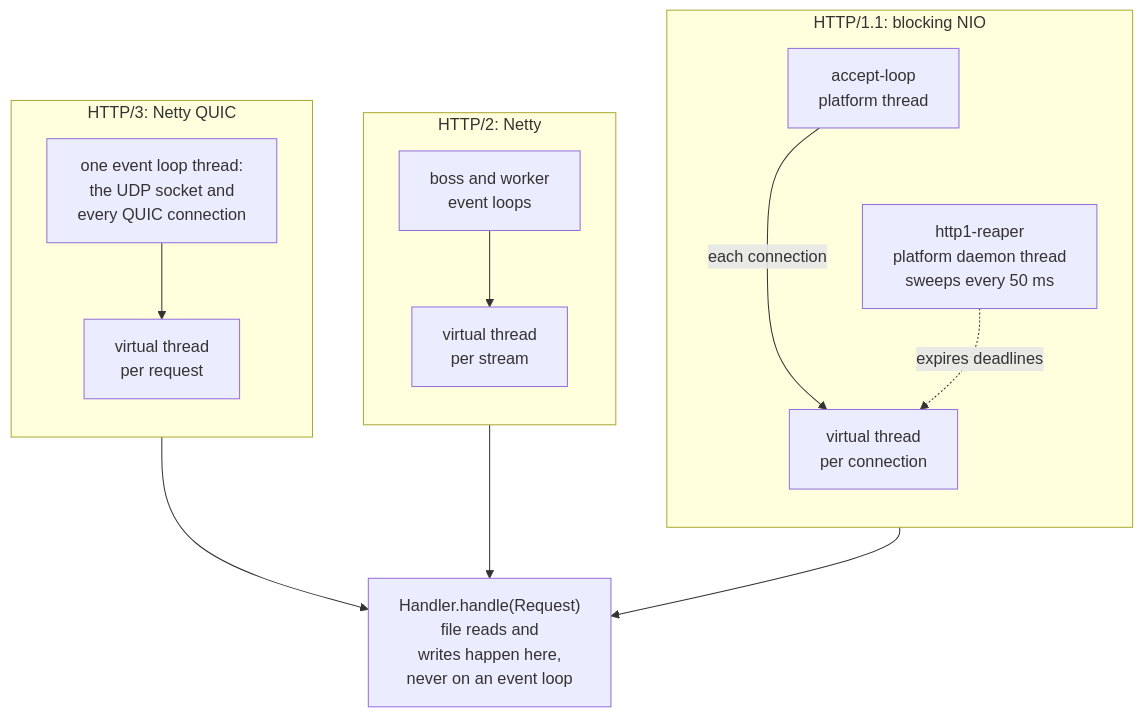
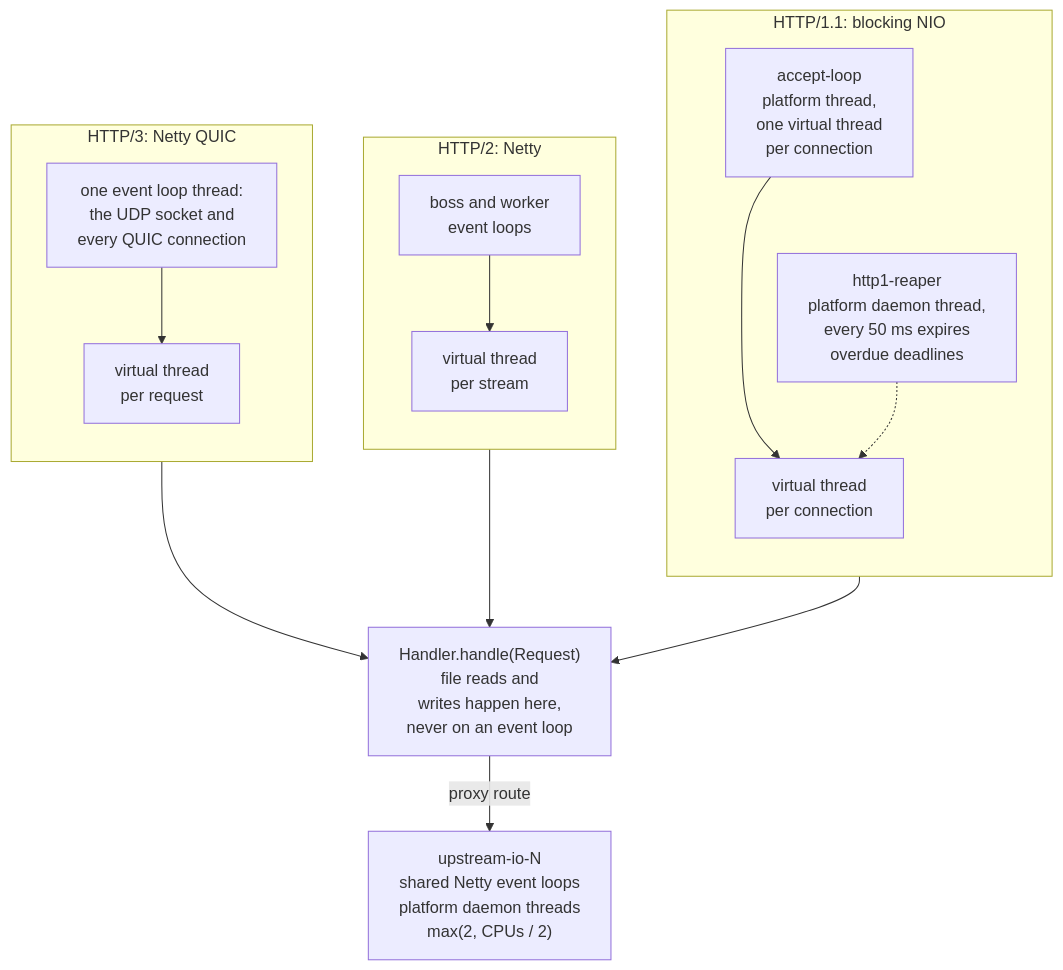
One commit to BlivionIaG/sjws_nettask changed the diagram in docs/design/implementation-and-performance.md. Above: the diagram before and after it, drawn with Mermaid. The commit also changed other lines of this file and 14 other files, not shown here.

````diff
--- a/docs/design/implementation-and-performance.md
+++ b/docs/design/implementation-and-performance.md
@@ -28,31 +28,34 @@
 ```mermaid
 flowchart TB
     subgraph tcp["HTTP/1.1: blocking NIO"]
         direction TB
-        acc["accept-loop<br/>platform thread"]
-        rp["http1-reaper<br/>platform daemon thread<br/>sweeps every 50 ms"]
+        acc["accept-loop<br/>platform thread,<br/>one virtual thread<br/>per connection"]
+        rp["http1-reaper<br/>platform daemon thread,<br/>every 50 ms expires<br/>overdue deadlines"]
         vt1["virtual thread<br/>per connection"]
         acc ~~~ rp
-        acc -->|"each connection"| vt1
-        rp -.->|"expires deadlines"| vt1
+        acc --> vt1
+        rp -.-> vt1
     end
 
     subgraph h2["HTTP/2: Netty"]
         direction TB
         el2["boss and worker<br/>event loops"]
         vt2["virtual thread<br/>per stream"]
         el2 --> vt2
     end
 
     subgraph h3["HTTP/3: Netty QUIC"]
         direction TB
         el3["one event loop thread:<br/>the UDP socket and<br/>every QUIC connection"]
         vt3["virtual thread<br/>per request"]
         el3 --> vt3
     end
 
     hh["Handler.handle(Request)<br/>file reads and<br/>writes happen here,<br/>never on an event loop"]
     vt1 --> hh
     vt2 --> hh
     vt3 --> hh
+
+    up["upstream-io-N<br/>shared Netty event loops<br/>platform daemon threads<br/>max(2, CPUs / 2)"]
+    hh -->|"proxy route"| up
 ```
````
